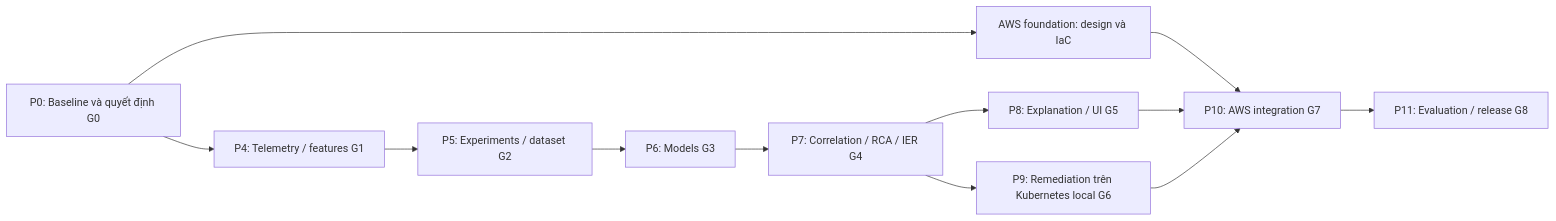
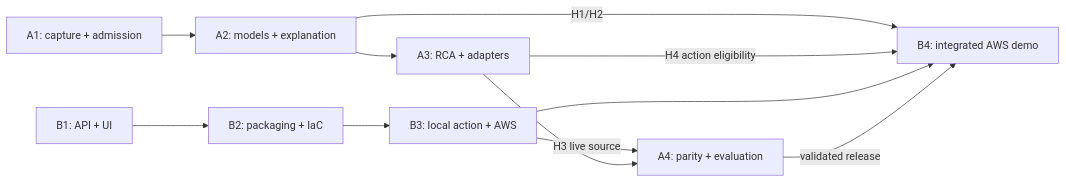
The diagram in docs/DELIVERY_PLAN.md (VietSory/SentinelOps), drawn with Mermaid before and after one commit. The commit also changed other lines of this file and 4 other files, not shown here.

````diff
--- a/docs/DELIVERY_PLAN.md
+++ b/docs/DELIVERY_PLAN.md
@@ -62,14 +72,13 @@
 ```mermaid
 flowchart LR
-    P0[P0: Baseline và quyết định G0] --> P4[P4: Telemetry / features G1]
-    P4 --> P5[P5: Experiments / dataset G2]
-    P5 --> P6[P6: Models G3]
-    P6 --> P7[P7: Correlation / RCA / IER G4]
-    P7 --> P8[P8: Explanation / UI G5]
-    P7 --> P9[P9: Remediation trên Kubernetes local G6]
-    P0 --> AWS[AWS foundation: design và IaC]
-    AWS --> P10[P10: AWS integration G7]
-    P8 --> P10
-    P9 --> P10
-    P10 --> P11[P11: Evaluation / release G8]
+    A1[A1: capture + admission] --> A2[A2: models + explanation]
+    A2 --> A3[A3: RCA + adapters]
+    B1[B1: API + UI] --> B2[B2: packaging + IaC]
+    B2 --> B3[B3: local action + AWS]
+    A2 -->|H1/H2| B4[B4: integrated AWS demo]
+    B3 -->|H3 live source| A4[A4: parity + evaluation]
+    A3 --> A4
+    A3 -->|H4 action eligibility| B4
+    B3 --> B4
+    A4 -->|validated release| B4
 ```
````
